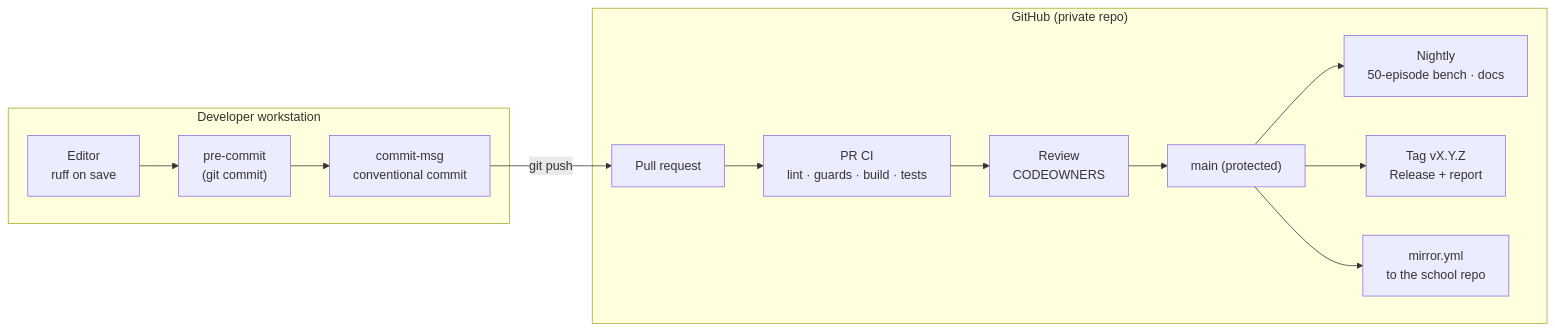
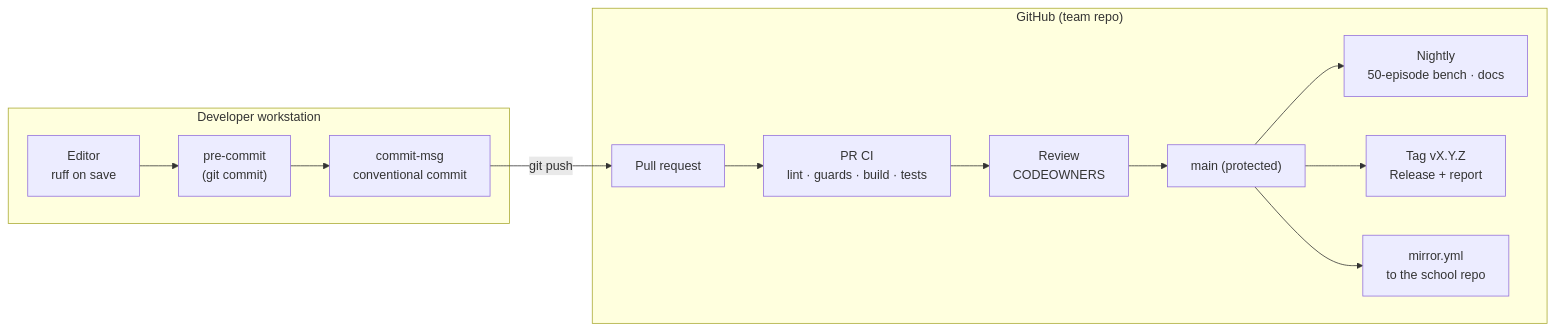
One commit to FoxaxeWasTaken/Robotics changed the first of 4 diagrams in docs/project/14_quality_pipeline_ci.md. Above: the diagram before and after it, drawn with Mermaid. The commit also changed other lines of this file and 9 other files, not shown here.

````diff
--- a/docs/project/14_quality_pipeline_ci.md
+++ b/docs/project/14_quality_pipeline_ci.md
@@ -20,16 +20,16 @@
 ```mermaid
 flowchart LR
   subgraph L["Developer workstation"]
     E["Editor<br/>ruff on save"] --> PC["pre-commit<br/>(git commit)"]
     PC --> CM["commit-msg<br/>conventional commit"]
   end
-  subgraph G["GitHub (private repo)"]
+  subgraph G["GitHub (team repo)"]
     PR["Pull request"] --> CI["PR CI<br/>lint · guards · build · tests"]
     CI --> RV["Review<br/>CODEOWNERS"]
     RV --> M["main (protected)"]
     M --> N["Nightly<br/>50-episode bench · docs"]
     M --> T["Tag vX.Y.Z<br/>Release + report"]
     M --> MI["mirror.yml<br/>to the school repo"]
   end
   CM -->|git push| PR
 ```
````
